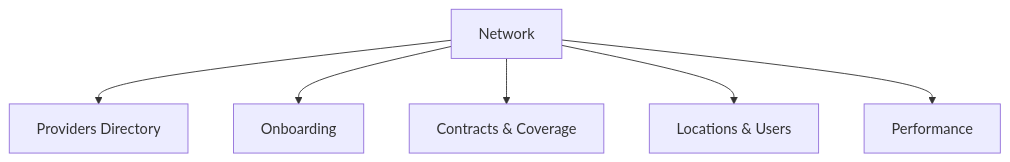
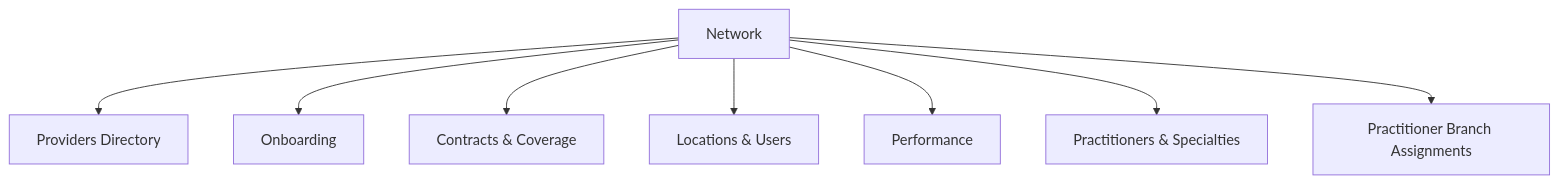
Before and after one commit to MohabFikry/HBMP: the ninth of 12 diagrams in HBMP-Design/14-navigation-structure.md, drawn with Mermaid. The commit also changed other lines of this file and 19 other files, not shown here.

````diff
--- a/HBMP-Design/14-navigation-structure.md
+++ b/HBMP-Design/14-navigation-structure.md
@@ -126,8 +145,10 @@
 ```mermaid
 flowchart TD
     N[Network] --> N1[Providers Directory]
     N --> N2[Onboarding]
     N --> N3[Contracts & Coverage]
     N --> N4[Locations & Users]
     N --> N5[Performance]
+    N --> N6[Practitioners & Specialties]
+    N --> N7[Practitioner Branch Assignments]
 ```
````
